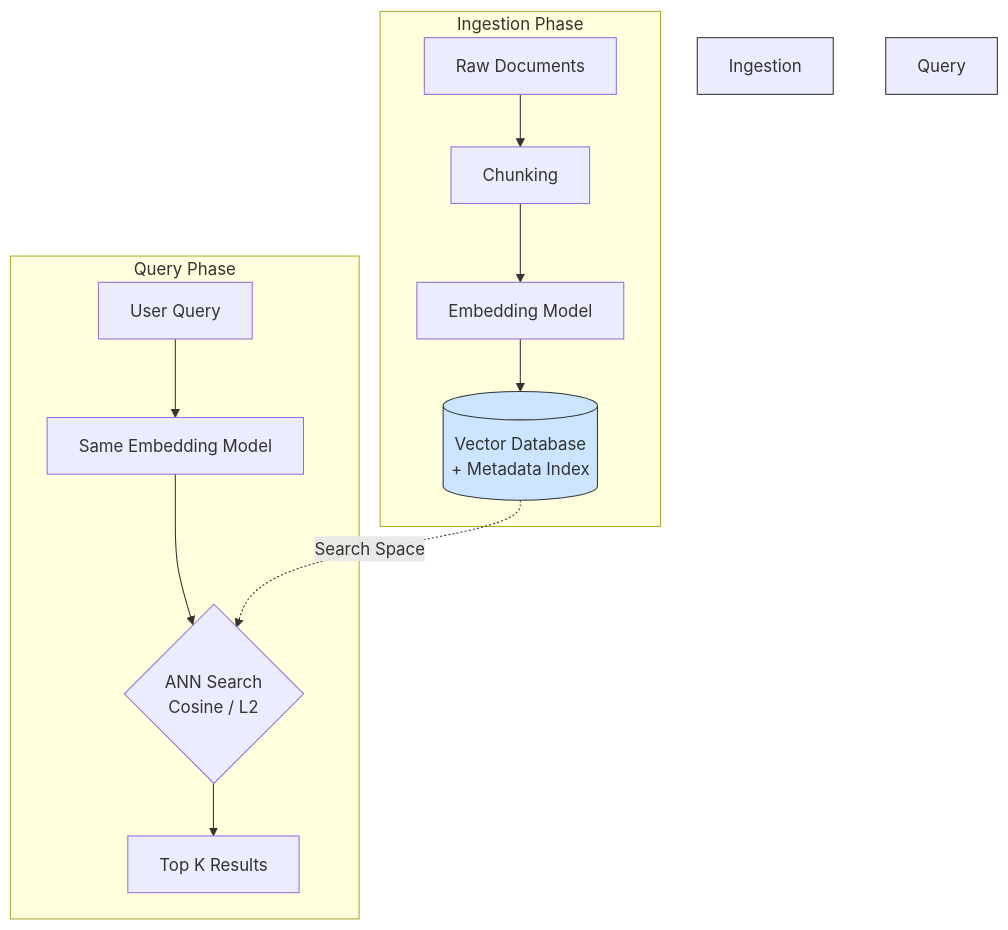
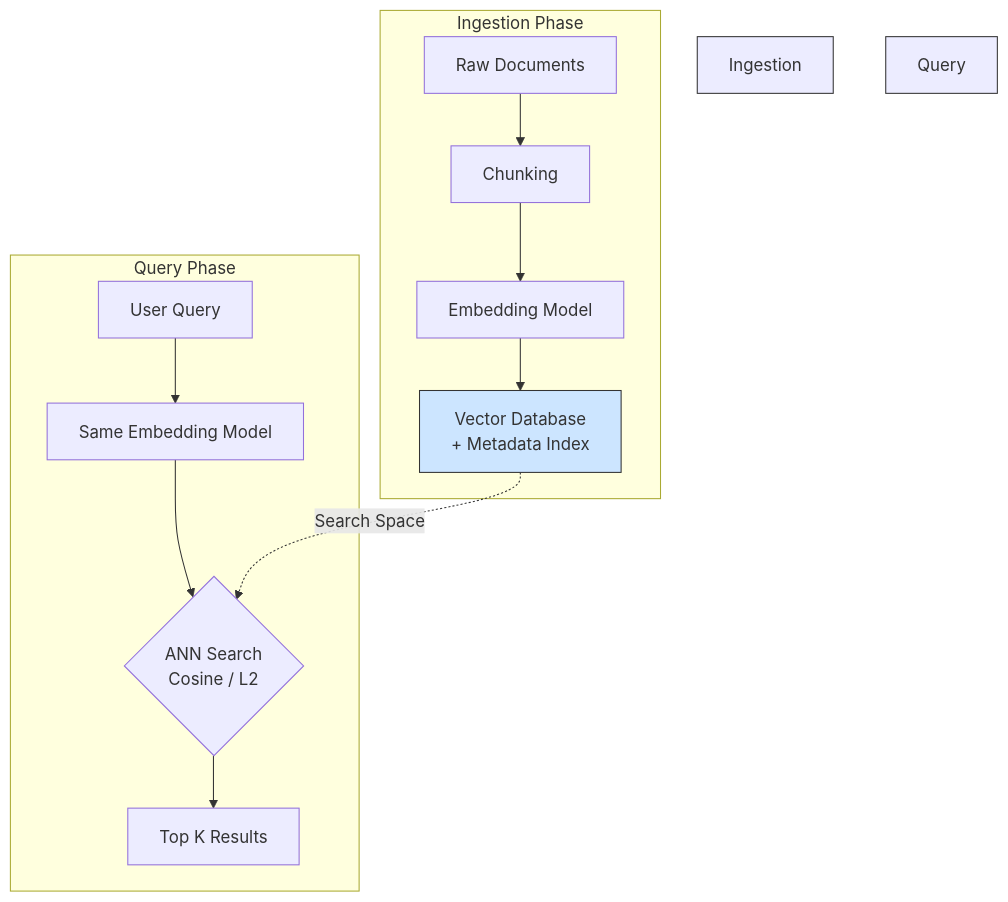
One commit to kythuatdulieu/kythuatdulieu.github.io changed the diagram in src/content/docs/concepts/genai-ml/vector-database.md. Above: the diagram before and after it, drawn with Mermaid. The commit also changed other lines of this file and 175 other files, not shown here.

Commit message:
docs: content audit, correct Mermaid diagrams, fix external links, and auto-inject popovers

````diff
--- a/src/content/docs/concepts/genai-ml/vector-database.md
+++ b/src/content/docs/concepts/genai-ml/vector-database.md
@@ -47,19 +47,21 @@
 ```mermaid
 flowchart TD
-    subgraph Ingestion Phase
-        A[Raw Documents] --> B[Chunking]
-        B --> C[Embedding Model]
-        C --> D[(Vector Database\n+ Metadata Index)]
+    subgraph "Ingestion Phase"
+        A["Raw Documents"] --> B[Chunking]
+        B --> C["Embedding Model"]
+        C --> D["Vector Database<br/>+ Metadata Index"]
     end
     
-    subgraph Query Phase
-        E[User Query] --> F[Same Embedding Model]
-        F --> G{ANN Search\nCosine / L2}
-        D -.->|Search Space| G
-        G --> H[Top K Results]
+    subgraph "Query Phase"
+        E["User Query"] --> F["Same Embedding Model"]
+        F --> G{"ANN Search<br/>Cosine / L2"}
+        D -.->|"Search Space"| G
+        G --> H["Top K Results"]
     end
     
     style Ingestion Phase fill:#f9f9f9,stroke:#333
     style Query Phase fill:#f9f9f9,stroke:#333
     style D fill:#cce5ff,stroke:#333
+
+
 ```
````
